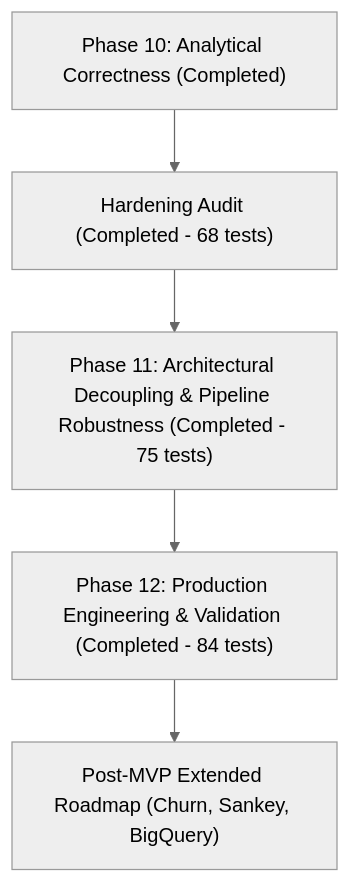
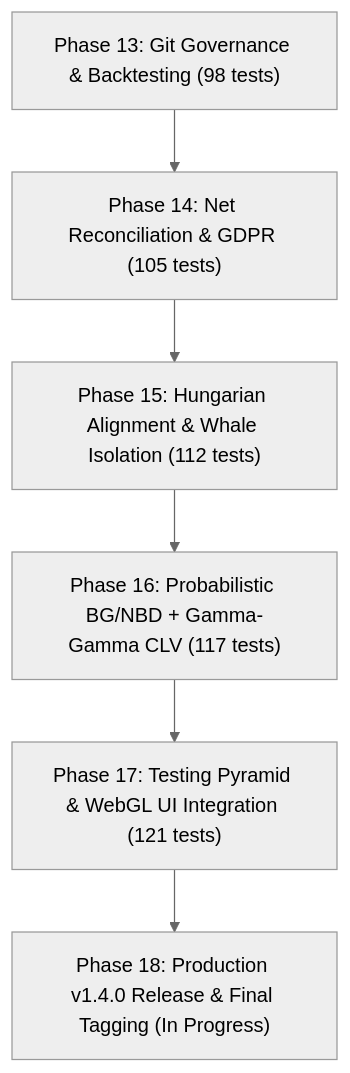
The diagram in PROJECT_PROGRESS_REPORT.md (Khare69/RFM-Cluster360), drawn with Mermaid (neutral theme) before and after one commit. The commit also changed other lines of this file, not shown here.

Commit message:
docs: finalize PROJECT_PROGRESS_REPORT for Phase 17 and roadmap matrix (121 tests)

````diff
--- a/PROJECT_PROGRESS_REPORT.md
+++ b/PROJECT_PROGRESS_REPORT.md
@@ -738,7 +741,8 @@
 ```mermaid
 graph TD
-    P10["Phase 10: Analytical Correctness (Completed)"] --> HARDEN["Hardening Audit (Completed - 68 tests)"]
-    HARDEN --> P11["Phase 11: Architectural Decoupling & Pipeline Robustness (Completed - 75 tests)"]
-    P11 --> P12["Phase 12: Production Engineering & Validation (Completed - 84 tests)"]
-    P12 --> POSTMVP["Post-MVP Extended Roadmap (Churn, Sankey, BigQuery)"]
+    P13["Phase 13: Git Governance & Backtesting (98 tests)"] --> P14["Phase 14: Net Reconciliation & GDPR (105 tests)"]
+    P14 --> P15["Phase 15: Hungarian Alignment & Whale Isolation (112 tests)"]
+    P15 --> P16["Phase 16: Probabilistic BG/NBD + Gamma-Gamma CLV (117 tests)"]
+    P16 --> P17["Phase 17: Testing Pyramid & WebGL UI Integration (121 tests)"]
+    P17 --> P18["Phase 18: Production v1.4.0 Release & Final Tagging (In Progress)"]
 ```
````
